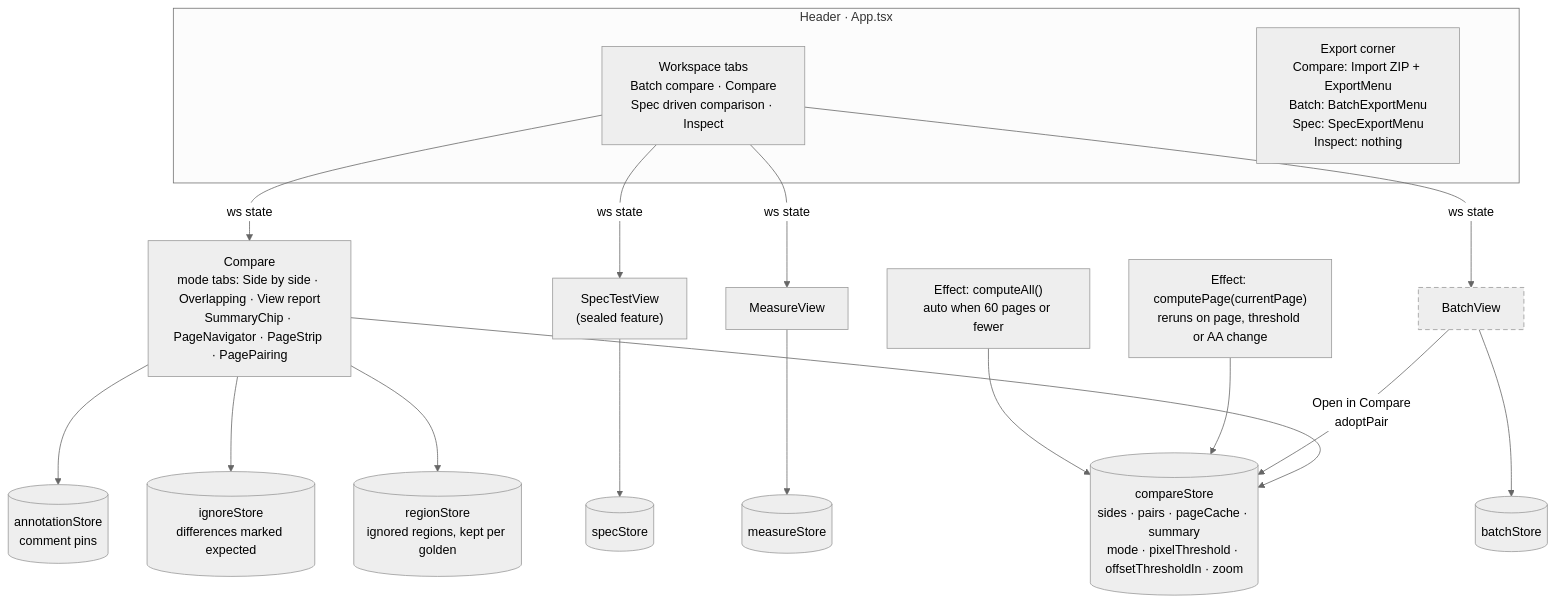
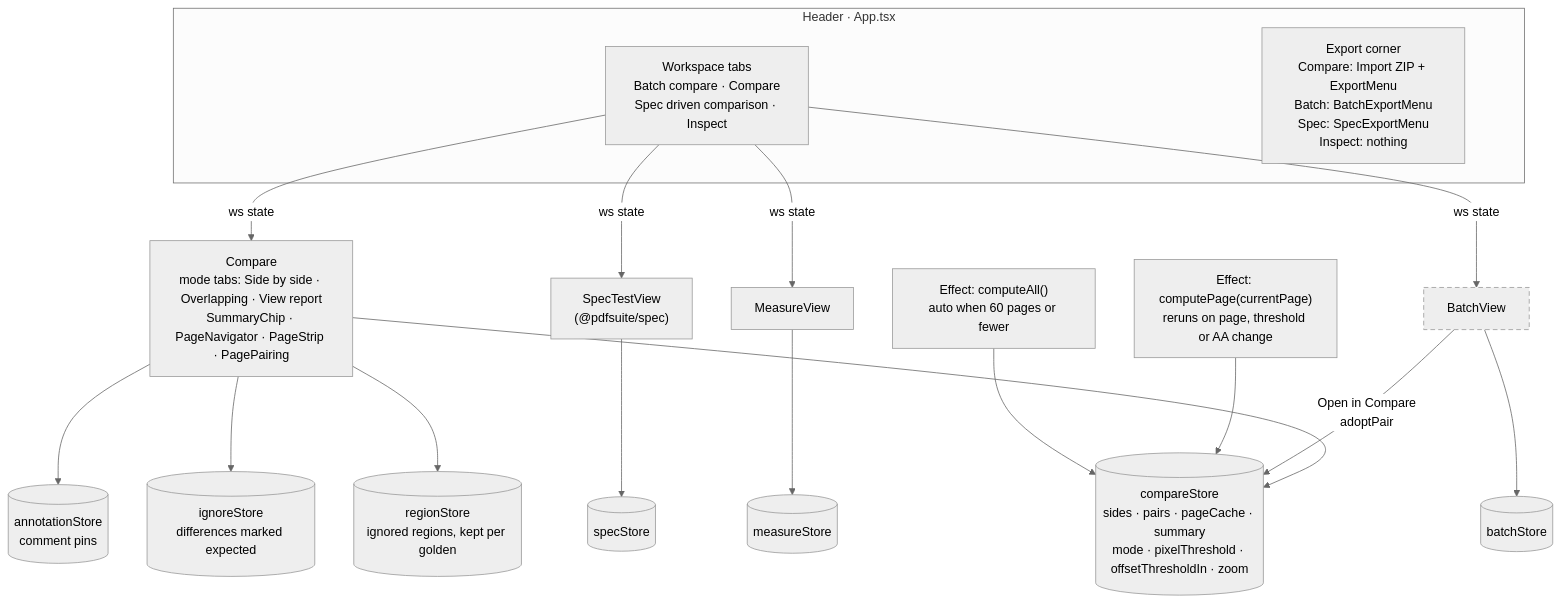
The second of 25 diagrams in docs/ARCHITECTURE.md (sid4861/pdf-testing-suite), drawn with Mermaid (neutral theme) before and after one commit. The commit also changed other lines of this file and 40 other files, not shown here.

````diff
--- a/docs/ARCHITECTURE.md
+++ b/docs/ARCHITECTURE.md
@@ -96,24 +96,24 @@
 ```mermaid
 flowchart TB
   classDef flag stroke-dasharray: 6 4
   subgraph HEADER["Header · App.tsx"]
     TABS["Workspace tabs<br/>Batch compare · Compare<br/>Spec driven comparison · Inspect"]
     RIGHT["Export corner<br/>Compare: Import ZIP + ExportMenu<br/>Batch: BatchExportMenu<br/>Spec: SpecExportMenu<br/>Inspect: nothing"]
   end
   TABS -->|"ws state"| CWS & SWS & IWS & BWS
   CWS["Compare<br/>mode tabs: Side by side · Overlapping · View report<br/>SummaryChip · PageNavigator · PageStrip · PagePairing"]
-  SWS["SpecTestView<br/>(sealed feature)"]
+  SWS["SpecTestView<br/>(@pdfsuite/spec)"]
   IWS["MeasureView"]
   BWS["BatchView"]
   CWS --> CS[("compareStore<br/>sides · pairs · pageCache · summary<br/>mode · pixelThreshold · offsetThresholdIn · zoom")]
   CWS --> AS[("annotationStore<br/>comment pins")]
   CWS --> IS[("ignoreStore<br/>differences marked expected")]
   CWS --> RS[("regionStore<br/>ignored regions, kept per golden")]
   SWS --> SS[("specStore")]
   IWS --> MS[("measureStore")]
   BWS --> BS[("batchStore")]
   BWS -->|"Open in Compare<br/>adoptPair"| CS
   EF1["Effect: computePage(currentPage)<br/>reruns on page, threshold or AA change"] --> CS
   EF2["Effect: computeAll()<br/>auto when 60 pages or fewer"] --> CS
   class BWS flag
 ```
````
